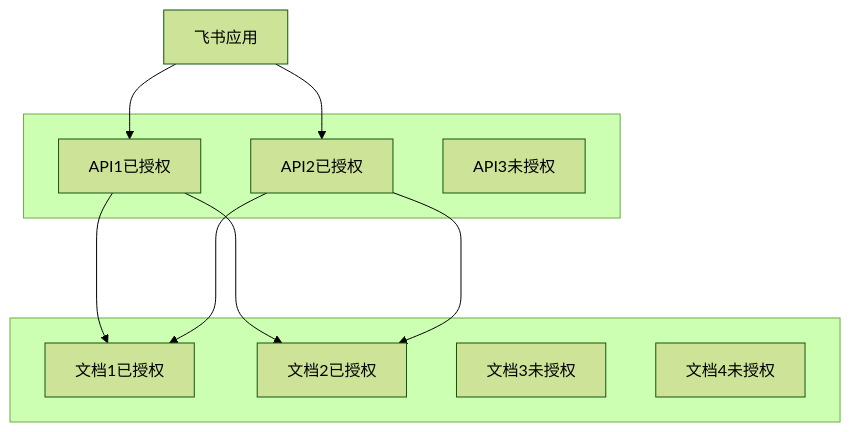
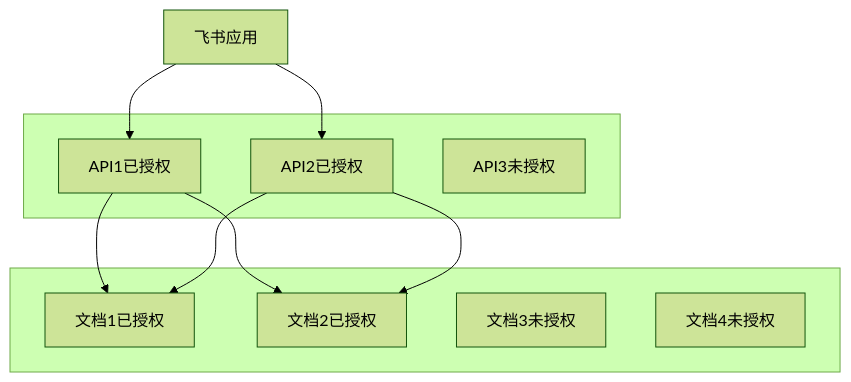
One commit to acyumi/xdoc changed the diagram in README.md. Above: the diagram before and after it, drawn with Mermaid (forest theme). The commit also changed other lines of this file and 40 other files, not shown here.

````diff
--- a/README.md
+++ b/README.md
@@ -146,18 +148,18 @@
 ```mermaid
 flowchart TD
 飞书应用 --> API1已授权
 飞书应用 --> API2已授权
-API1已授权 & API2已授权 ---> 文档1已授权
-API1已授权 & API2已授权 ---> 文档2已授权
+API1已授权 & API2已授权 --> 文档1已授权
+API1已授权 & API2已授权 --> 文档2已授权
 subgraph  
     API1已授权
     API2已授权
     API3未授权
 end
 subgraph  
     文档1已授权
     文档2已授权
     文档3未授权
     文档4未授权
 end
 ```
````
